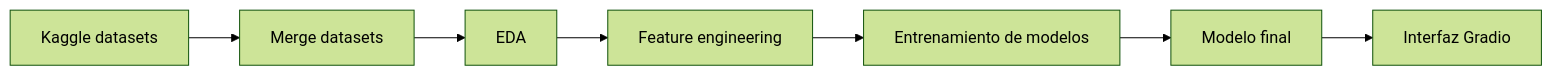
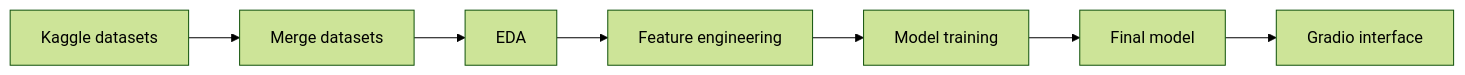
The first of 2 diagrams in readme.md (gamerOZZY/Data_Analisis_Spotify), drawn with Mermaid (forest theme) before and after one commit. The commit also changed other lines of this file and 9 other files, not shown here.

````diff
--- a/readme.md
+++ b/readme.md
@@ -207,10 +201,10 @@
 ```mermaid
 flowchart LR
 
 A[Kaggle datasets] --> B[Merge datasets]
 B --> C[EDA]
 C --> D[Feature engineering]
-D --> E[Entrenamiento de modelos]
-E --> F[Modelo final]
-F --> G[Interfaz Gradio]
+D --> E[Model training]
+E --> F[Final model]
+F --> G[Gradio interface]
 ```
````
